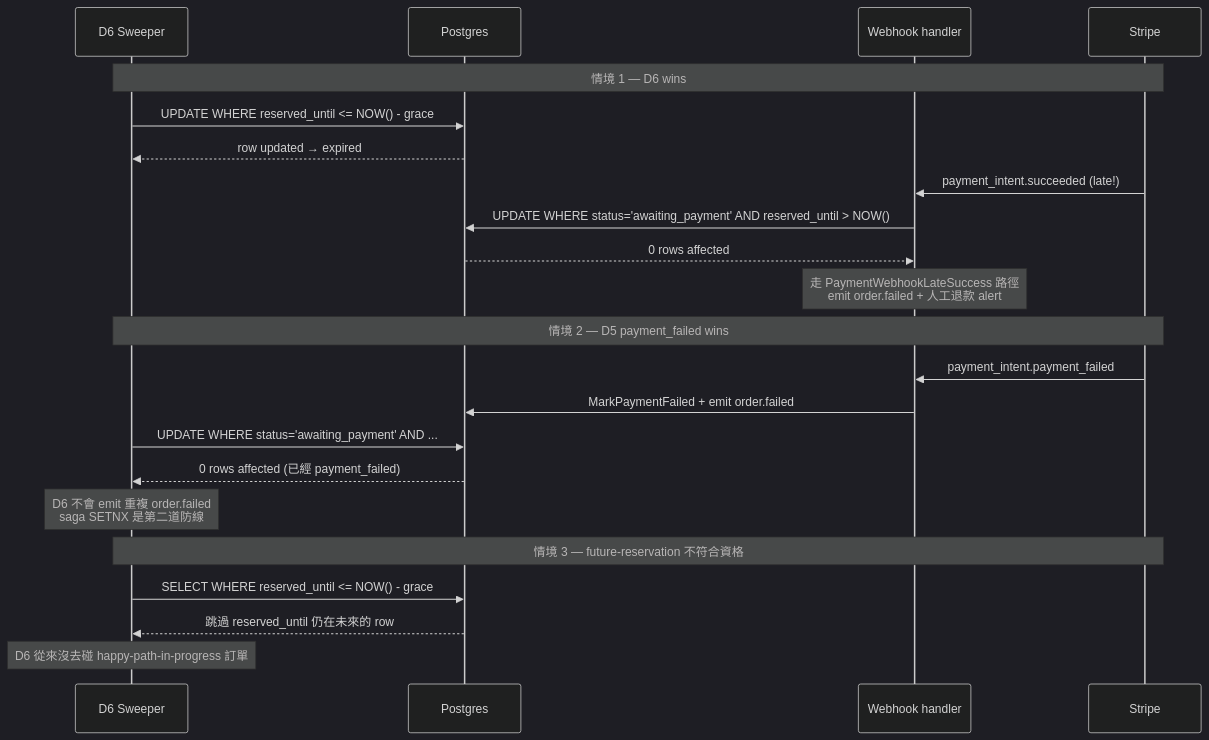
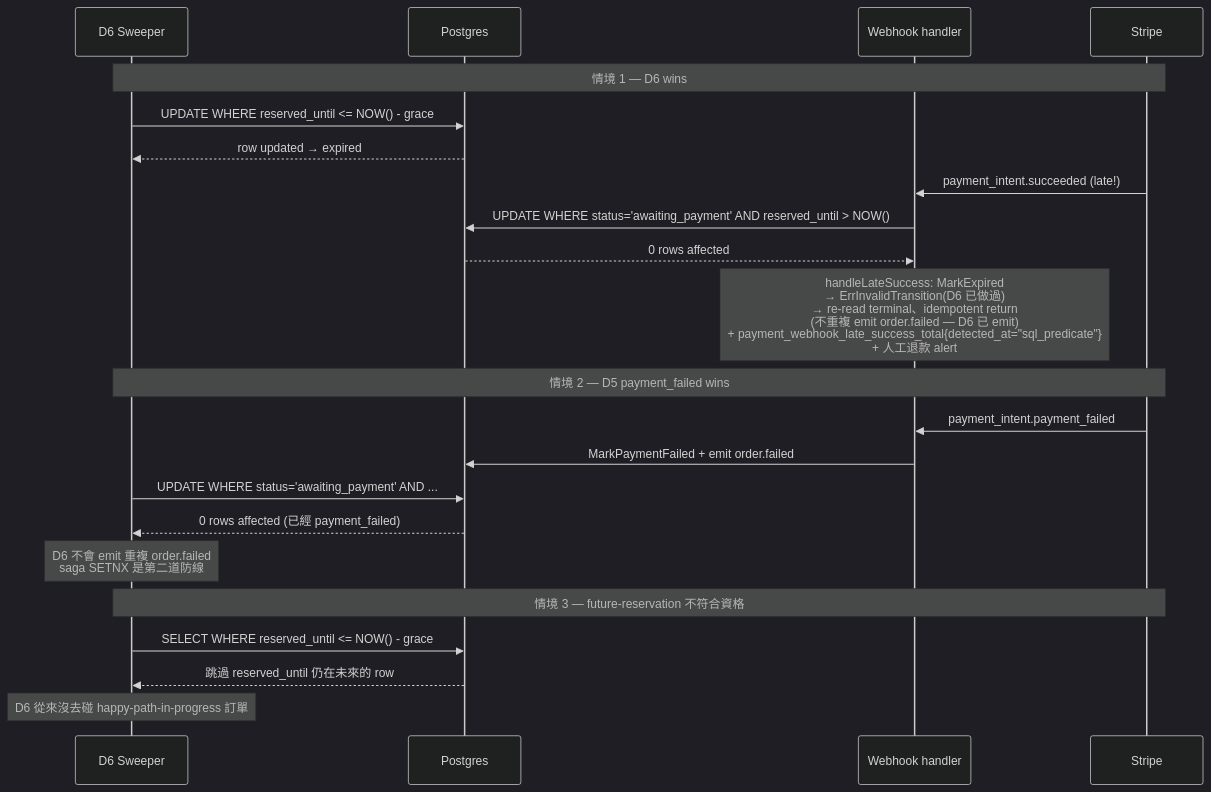
Before and after one commit to Leon180/booking_monitor: the second of 2 diagrams in docs/blog/2026-05-saga-pure-forward-recovery.zh-TW.md, drawn with Mermaid (dark theme). The commit also changed other lines of this file and 1 other file, not shown here.

````diff
--- a/docs/blog/2026-05-saga-pure-forward-recovery.zh-TW.md
+++ b/docs/blog/2026-05-saga-pure-forward-recovery.zh-TW.md
@@ -107,27 +110,27 @@
 ```mermaid
 sequenceDiagram
     participant SW as D6 Sweeper
     participant DB as Postgres
     participant WH as Webhook handler
     participant GW as Stripe
 
     Note over SW,GW: 情境 1 — D6 wins
     SW->>DB: UPDATE WHERE reserved_until <= NOW() - grace
     DB-->>SW: row updated → expired
     GW->>WH: payment_intent.succeeded (late!)
     WH->>DB: UPDATE WHERE status='awaiting_payment' AND reserved_until > NOW()
     DB-->>WH: 0 rows affected
-    Note over WH: 走 PaymentWebhookLateSuccess 路徑<br/>emit order.failed + 人工退款 alert
+    Note over WH: handleLateSuccess: MarkExpired<br/>→ ErrInvalidTransition(D6 已做過)<br/>→ re-read terminal、idempotent return<br/>(不重複 emit order.failed — D6 已 emit)<br/>+ payment_webhook_late_success_total{detected_at="sql_predicate"}<br/>+ 人工退款 alert
 
     Note over SW,GW: 情境 2 — D5 payment_failed wins
     GW->>WH: payment_intent.payment_failed
     WH->>DB: MarkPaymentFailed + emit order.failed
     SW->>DB: UPDATE WHERE status='awaiting_payment' AND ...
     DB-->>SW: 0 rows affected (已經 payment_failed)
     Note over SW: D6 不會 emit 重複 order.failed<br/>saga SETNX 是第二道防線
 
     Note over SW,GW: 情境 3 — future-reservation 不符合資格
     SW->>DB: SELECT WHERE reserved_until <= NOW() - grace
     DB-->>SW: 跳過 reserved_until 仍在未來的 row
     Note over SW: D6 從來沒去碰 happy-path-in-progress 訂單
 ```
````
